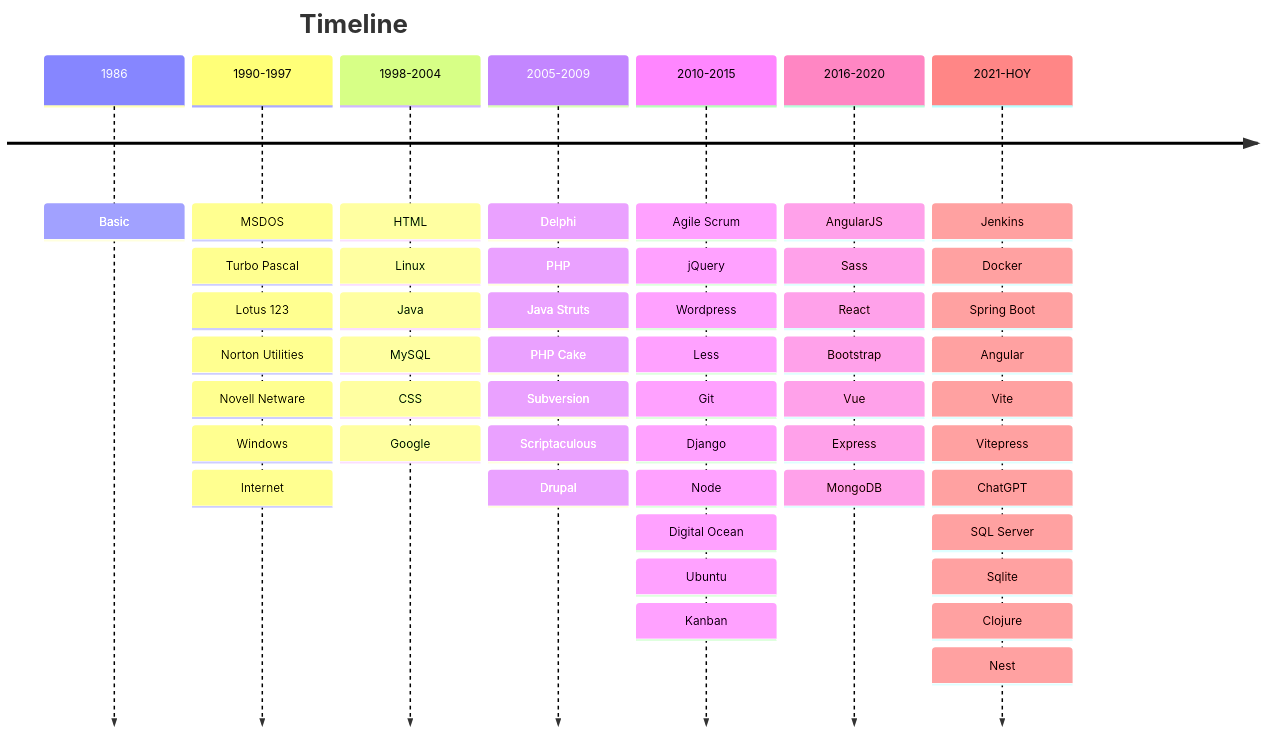
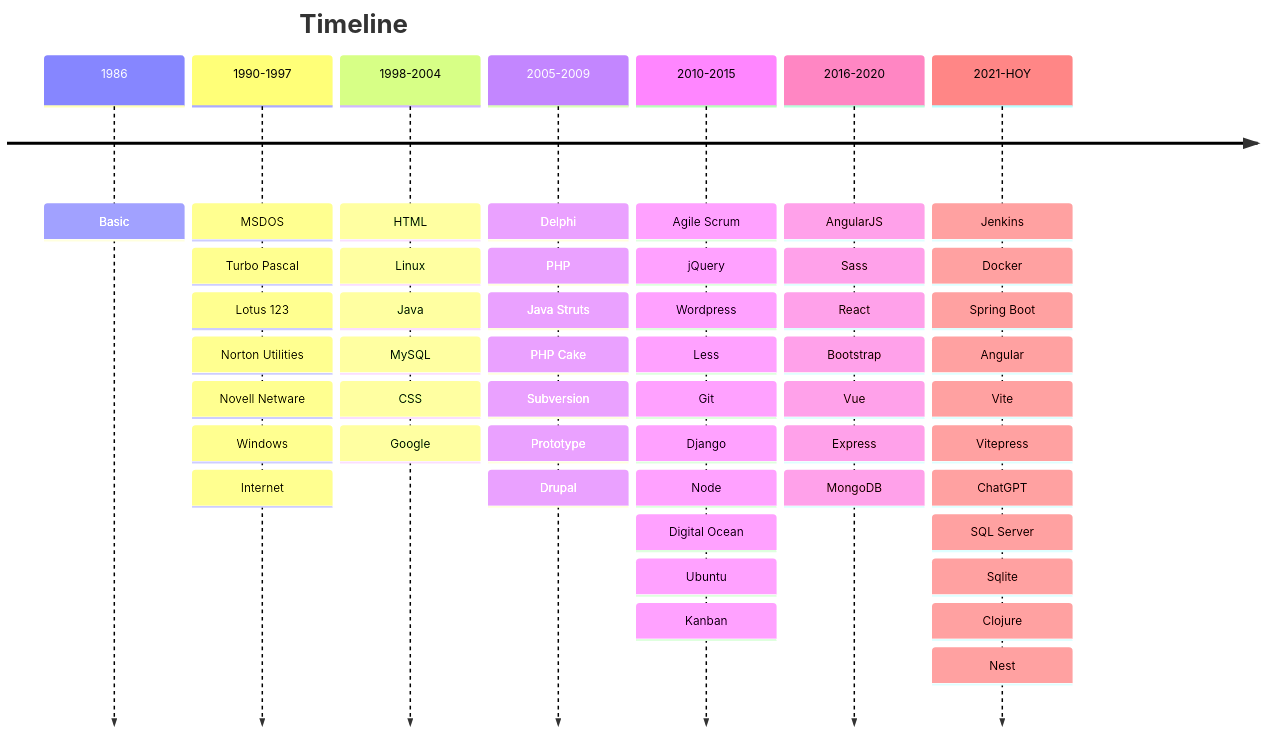
Before and after one commit to akobashikawa/vitepress-akcstudio: the second of 2 diagrams in docs/index.md, drawn with Mermaid.

Commit message:
Corrige timeline

````diff
--- a/docs/index.md
+++ b/docs/index.md
@@ -81,56 +81,56 @@
 ```mermaid
 
 timeline
   title Timeline
   1986 : Basic
   1990-1997 : MSDOS
         : Turbo Pascal
         : Lotus 123
         : Norton Utilities
         : Novell Netware
         : Windows
         : Internet
   1998-2004 : HTML
         : Linux
         : Java
         : MySQL
         : CSS
         : Google
   2005-2009 : Delphi
         : PHP
         : Java Struts
         : PHP Cake
         : Subversion
-        : Scriptaculous
+        : Prototype
         : Drupal
   2010-2015 : Agile Scrum
         : jQuery
         : Wordpress
         : Less
         : Git
         : Django
         : Node
         : Digital Ocean
         : Ubuntu
         : Kanban
   2016-2020 : AngularJS
         : Sass
         : React
         : Bootstrap
         : Vue
         : Express
         : MongoDB
   2021-HOY : Jenkins
         : Docker
         : Spring Boot
         : Angular
         : Vite
         : Vitepress
         : ChatGPT
         : SQL Server
         : Sqlite
         : Clojure
         : Nest
 
   
 ```
````
